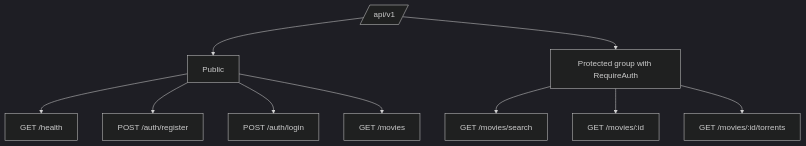
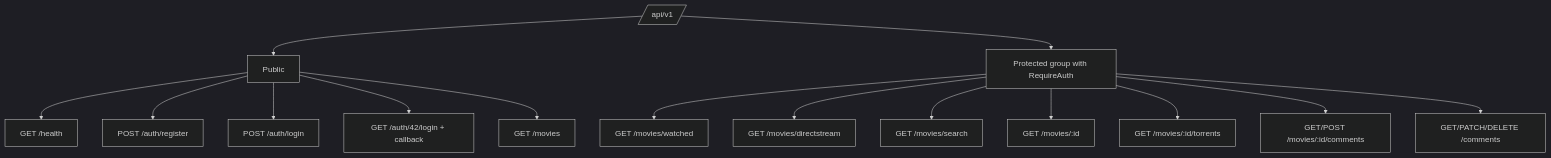
The sixth of 7 diagrams in docs/auth.md (julesrb/HyperTube), drawn with Mermaid (dark theme) before and after one commit. The commit also changed other lines of this file and 7 other files, not shown here.

````diff
--- a/docs/auth.md
+++ b/docs/auth.md
@@ -388,17 +399,22 @@
 ```mermaid
 flowchart TD
     Root[/api/v1/]
     Public[Public]
     Protected[Protected group with RequireAuth]
 
     Root --> Public
     Public --> Health[GET /health]
     Public --> Register[POST /auth/register]
     Public --> Login[POST /auth/login]
+    Public --> FortyTwo[GET /auth/42/login + callback]
     Public --> Movies[GET /movies]
 
     Root --> Protected
+    Protected --> Watched[GET /movies/watched]
+    Protected --> DirectStream[GET /movies/directstream]
     Protected --> Search[GET /movies/search]
     Protected --> Details[GET /movies/:id]
     Protected --> Torrents[GET /movies/:id/torrents]
+    Protected --> MovieComments[GET/POST /movies/:id/comments]
+    Protected --> Comments[GET/PATCH/DELETE /comments]
 ```
````
